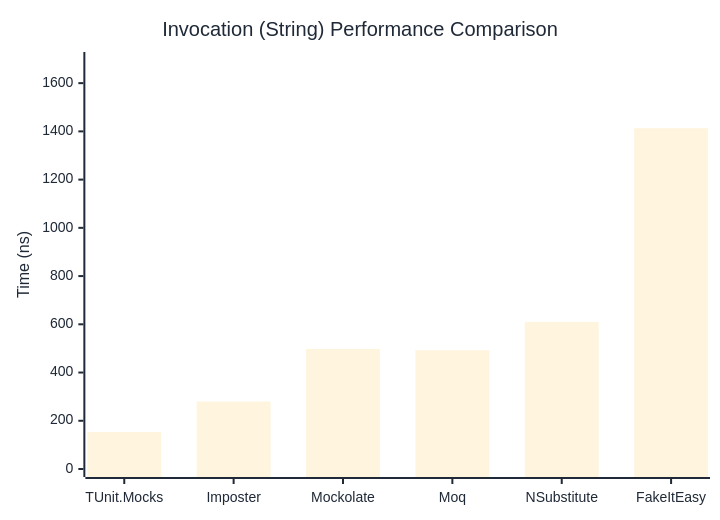
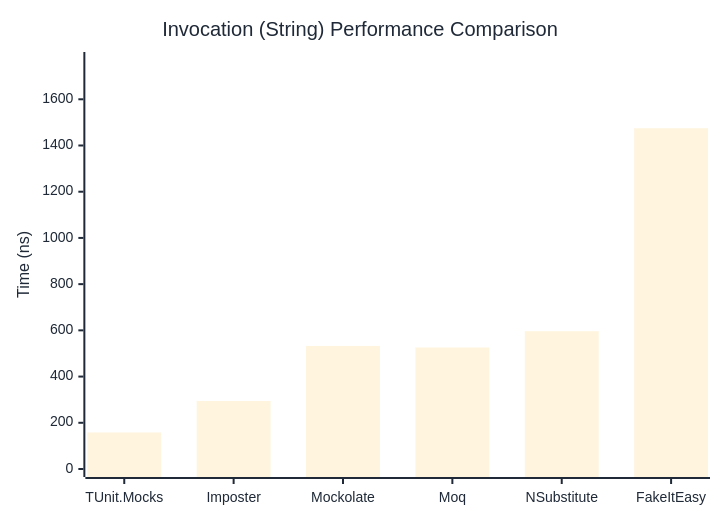
Before and after one commit to thomhurst/TUnit: the second of 3 diagrams in docs/docs/benchmarks/mocks/Invocation.md, drawn with Mermaid. The commit also changed other lines of this file and 14 other files, not shown here.

````diff
--- a/docs/docs/benchmarks/mocks/Invocation.md
+++ b/docs/docs/benchmarks/mocks/Invocation.md
@@ -69,27 +69,27 @@
 ```mermaid
 %%{init: {
   'theme':'base',
   'themeVariables': {
     'primaryColor': '#2563eb',
     'primaryTextColor': '#1f2937',
     'primaryBorderColor': '#1e40af',
     'lineColor': '#6b7280',
     'secondaryColor': '#7c3aed',
     'tertiaryColor': '#dc2626',
     'background': '#ffffff',
     'pie1': '#2563eb',
     'pie2': '#7c3aed',
     'pie3': '#dc2626',
     'pie4': '#f59e0b',
     'pie5': '#10b981',
     'pie6': '#06b6d4',
     'pie7': '#ec4899',
     'pie8': '#6366f1'
   }
 }}%%
 xychart-beta
   title "Invocation (String) Performance Comparison"
   x-axis ["TUnit.Mocks", "Imposter", "Mockolate", "Moq", "NSubstitute", "FakeItEasy"]
-  y-axis "Time (ns)" 0 --> 1696
-  bar [153.3, 279.8, 497.8, 492.6, 610, 1413]
+  y-axis "Time (ns)" 0 --> 1770
+  bar [158.1, 294.2, 532.6, 525.8, 596.4, 1474.5]
 ```
````
